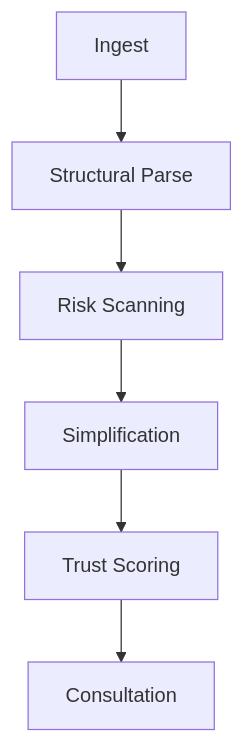
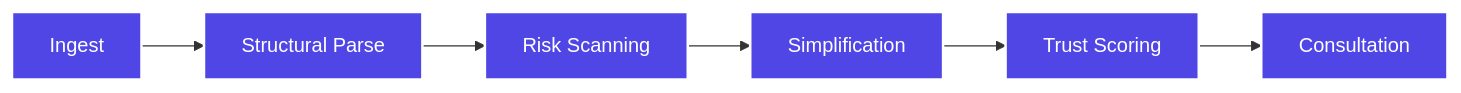
Before and after one commit to VishnuVardhanCodes/LegalEase-AI-Agent: the diagram in legal-ease/README.md, drawn with Mermaid. The commit also changed other lines of this file and 4 other files, not shown here.

````diff
--- a/legal-ease/README.md
+++ b/legal-ease/README.md
@@ -30,8 +38,15 @@
 ```mermaid
-flowchart TD
+flowchart LR
     A[Ingest] --> B[Structural Parse]
     B --> C[Risk Scanning]
     C --> D[Simplification]
     D --> E[Trust Scoring]
     E --> F[Consultation]
+    
+    style A fill:#4F46E5,stroke:#fff,stroke-width:2px,color:#fff
+    style B fill:#4F46E5,stroke:#fff,stroke-width:2px,color:#fff
+    style C fill:#4F46E5,stroke:#fff,stroke-width:2px,color:#fff
+    style D fill:#4F46E5,stroke:#fff,stroke-width:2px,color:#fff
+    style E fill:#4F46E5,stroke:#fff,stroke-width:2px,color:#fff
+    style F fill:#4F46E5,stroke:#fff,stroke-width:2px,color:#fff
 ```
````
